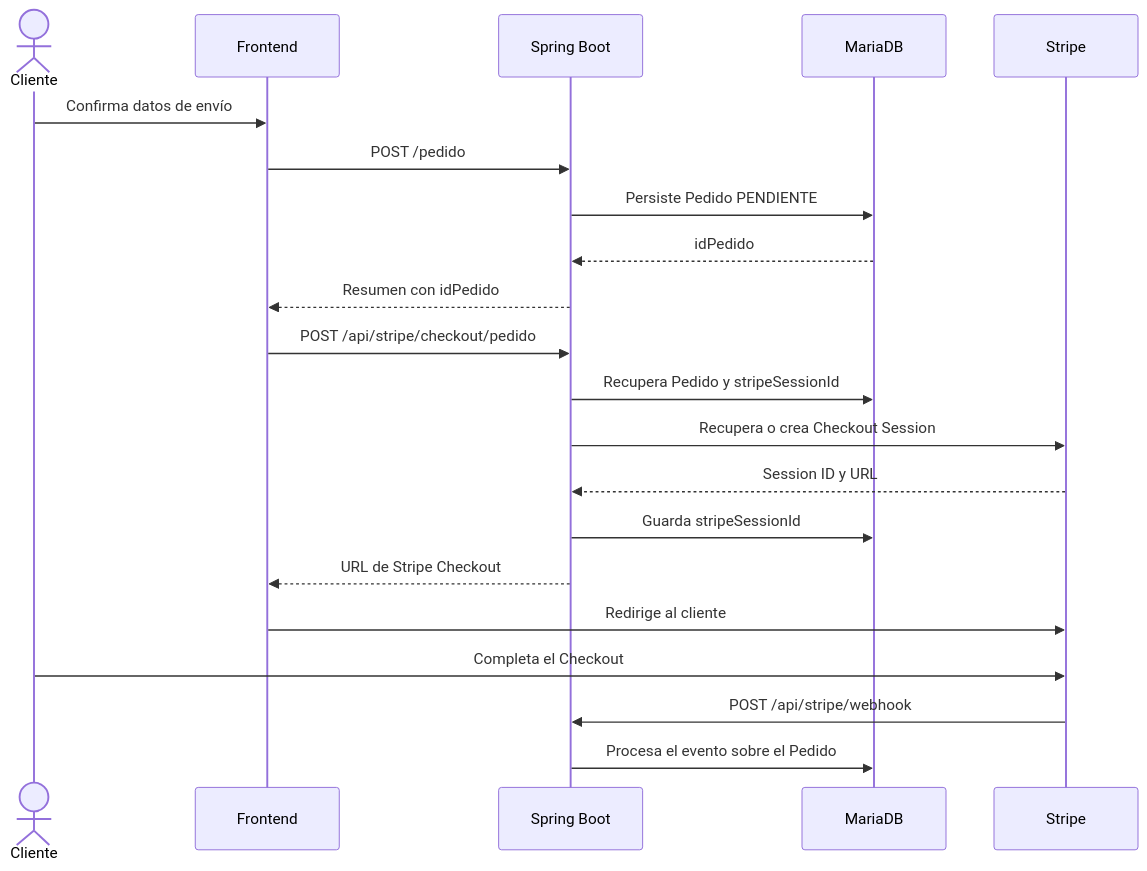
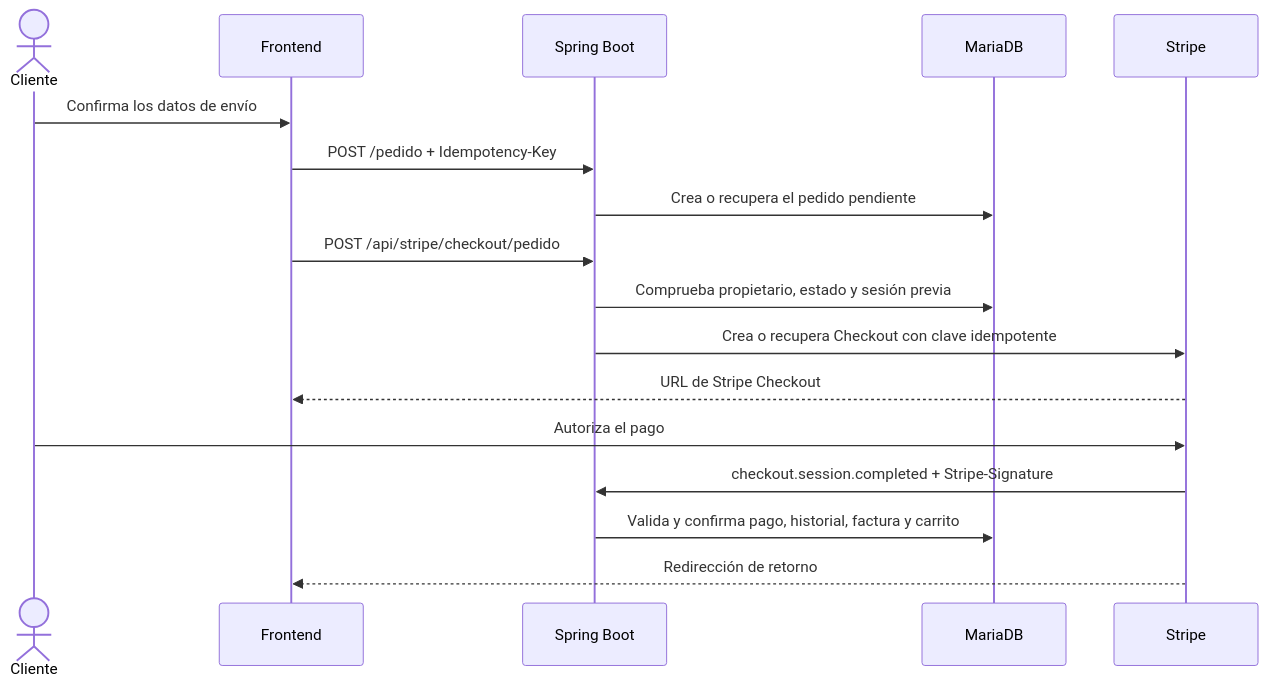
Before and after one commit to megalol-dev/tienda-deportivas-web: the diagram in docs/stripe-pagos.md, drawn with Mermaid. The commit also changed other lines of this file and 8 other files, not shown here.

````diff
--- a/docs/stripe-pagos.md
+++ b/docs/stripe-pagos.md
@@ -31,24 +27,20 @@
 ```mermaid
 sequenceDiagram
     actor C as Cliente
     participant F as Frontend
     participant API as Spring Boot
     participant DB as MariaDB
     participant S as Stripe
 
-    C->>F: Confirma datos de envío
-    F->>API: POST /pedido
-    API->>DB: Persiste Pedido PENDIENTE
-    DB-->>API: idPedido
-    API-->>F: Resumen con idPedido
+    C->>F: Confirma los datos de envío
+    F->>API: POST /pedido + Idempotency-Key
+    API->>DB: Crea o recupera el pedido pendiente
     F->>API: POST /api/stripe/checkout/pedido
-    API->>DB: Recupera Pedido y stripeSessionId
-    API->>S: Recupera o crea Checkout Session
-    S-->>API: Session ID y URL
-    API->>DB: Guarda stripeSessionId
-    API-->>F: URL de Stripe Checkout
-    F->>S: Redirige al cliente
-    C->>S: Completa el Checkout
-    S->>API: POST /api/stripe/webhook
-    API->>DB: Procesa el evento sobre el Pedido
+    API->>DB: Comprueba propietario, estado y sesión previa
+    API->>S: Crea o recupera Checkout con clave idempotente
+    S-->>F: URL de Stripe Checkout
+    C->>S: Autoriza el pago
+    S->>API: checkout.session.completed + Stripe-Signature
+    API->>DB: Valida y confirma pago, historial, factura y carrito
+    S-->>F: Redirección de retorno
 ```
````
